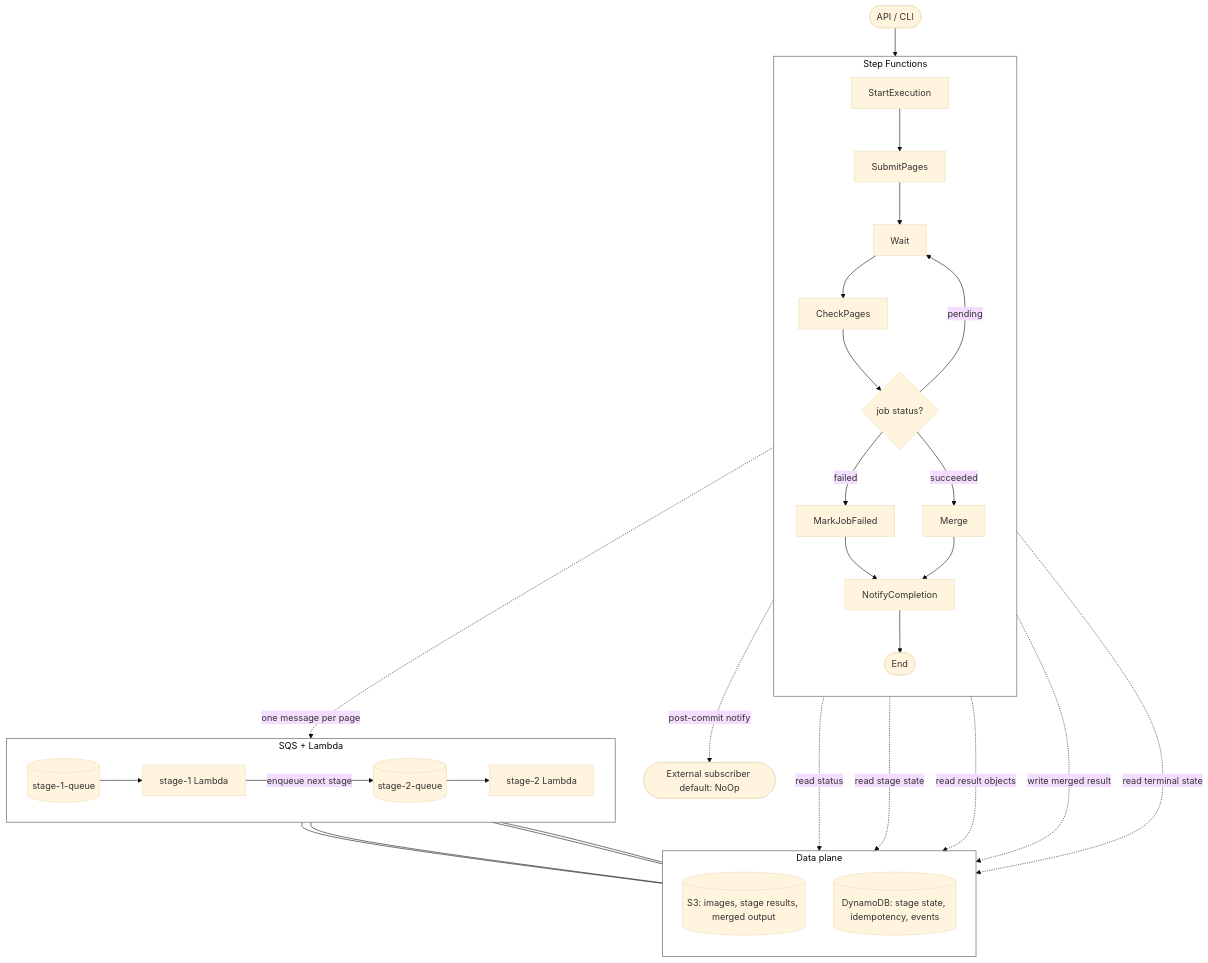
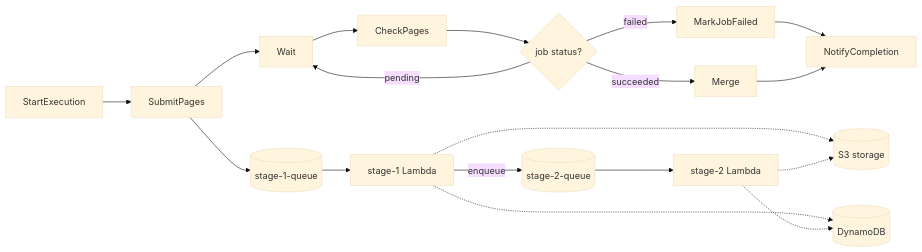
Before and after one commit to keix/lady-glass: the diagram in README.md, drawn with Mermaid (base theme).

Commit message:
README: unify architecture mermaid into a single LR diagram
Collapse the SFN / CHAIN / DATA subgraph structure that kept
producing wide, overlapping renders across GitHub's current Mermaid
version. The new diagram is a flat LR flowchart where SubmitPages
forks: the main SFN row continues right (Wait → CheckPages → job
status? → MarkFailed / Merge → Notify), and the per-page chain
branches off (Q1 → L1 → Q2 → L2). Persistence sits below the chain
Lambdas as S3 and DDB with dotted edges from L1 and L2. Everything
else (subgraph borders, external subscriber, invisible padding
links) is dropped; the layer table below the diagram already
carries the wider role explanations.

````diff
--- a/README.md
+++ b/README.md
@@ -19,48 +19,23 @@
 ```mermaid
-flowchart TB
-    User([API / CLI]) --> StartExec
+flowchart LR
+    Start[StartExecution]
+    Start --> SubmitPages
+    SubmitPages --> Wait
+    Wait --> CheckPages
+    CheckPages --> Choice{job status?}
+    Choice -- pending --> Wait
+    Choice -- failed --> MarkFailed[MarkJobFailed]
+    Choice -- succeeded --> Merge
+    MarkFailed --> Notify[NotifyCompletion]
+    Merge --> Notify
 
-    subgraph SFN["Step Functions"]
-        direction TB
-        StartExec[StartExecution] --> SubmitPages
-        SubmitPages --> WaitLoop[Wait]
-        WaitLoop --> CheckPages
-        CheckPages --> Choice{job status?}
-        Choice -- pending --> WaitLoop
-        Choice -- failed --> MarkFailed[MarkJobFailed]
-        Choice -- succeeded --> Merge[Merge]
-        MarkFailed --> Notify[NotifyCompletion]
-        Merge --> Notify
-        Notify --> Done([End])
-    end
+    SubmitPages --> Q1[(stage-1-queue)]
+    Q1 --> L1[stage-1 Lambda]
+    L1 -- enqueue --> Q2[(stage-2-queue)]
+    Q2 --> L2[stage-2 Lambda]
 
-    subgraph CHAIN["SQS + Lambda"]
-        direction LR
-        Q1[(stage-1-queue)] --> L1[stage-1 Lambda]
-        L1 -- enqueue next stage --> Q2[(stage-2-queue)]
-        Q2 --> L2[stage-2 Lambda]
-    end
-
-    subgraph DATA["Data plane"]
-        direction TB
-        S3[(S3: images, stage results, merged output)]
-        DDB[(DynamoDB: stage state, idempotency, events)]
-    end
-
-    SubmitPages -. one message per page .-> Q1
-    CheckPages -. read status .-> DDB
-    Merge -. read stage state .-> DDB
-    Merge -. read result objects .-> S3
-    Merge -. write merged result .-> S3
-    Notify -. read terminal state .-> DDB
-    Notify -. post-commit notify .-> Subscriber([External subscriber default: NoOp])
-
-    L1 --- S3
-    L1 --- DDB
-    L2 --- S3
-    L2 --- DDB
-
-    style SFN fill:none,stroke:#888,stroke-width:1.5px
-    style CHAIN fill:none,stroke:#888,stroke-width:1.5px
-    style DATA fill:none,stroke:#888,stroke-width:1.5px
+    L1 -.-> S3[(S3)]
+    L1 -.-> DDB[(DynamoDB)]
+    L2 -.-> S3[(S3 storage)]
+    L2 -.-> DDB
 ```
````
